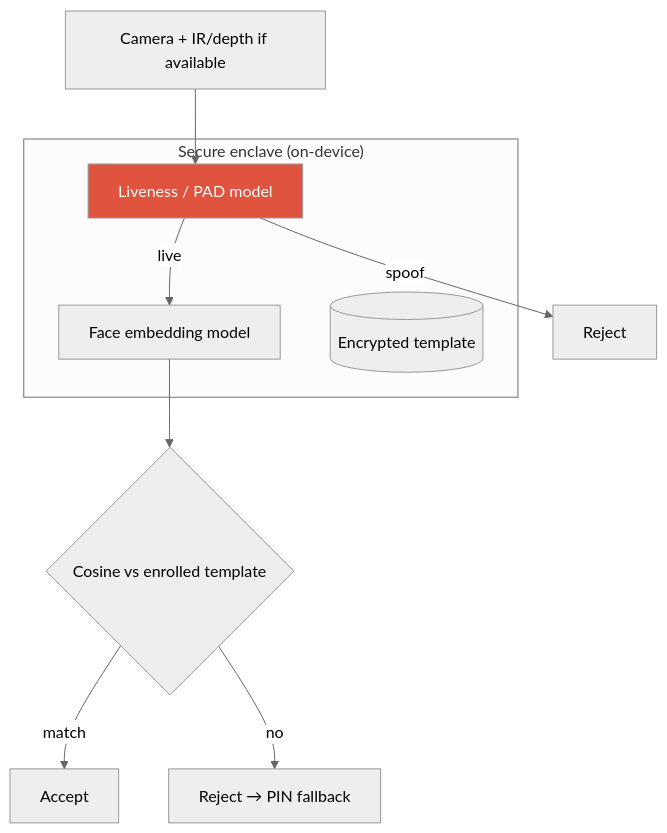
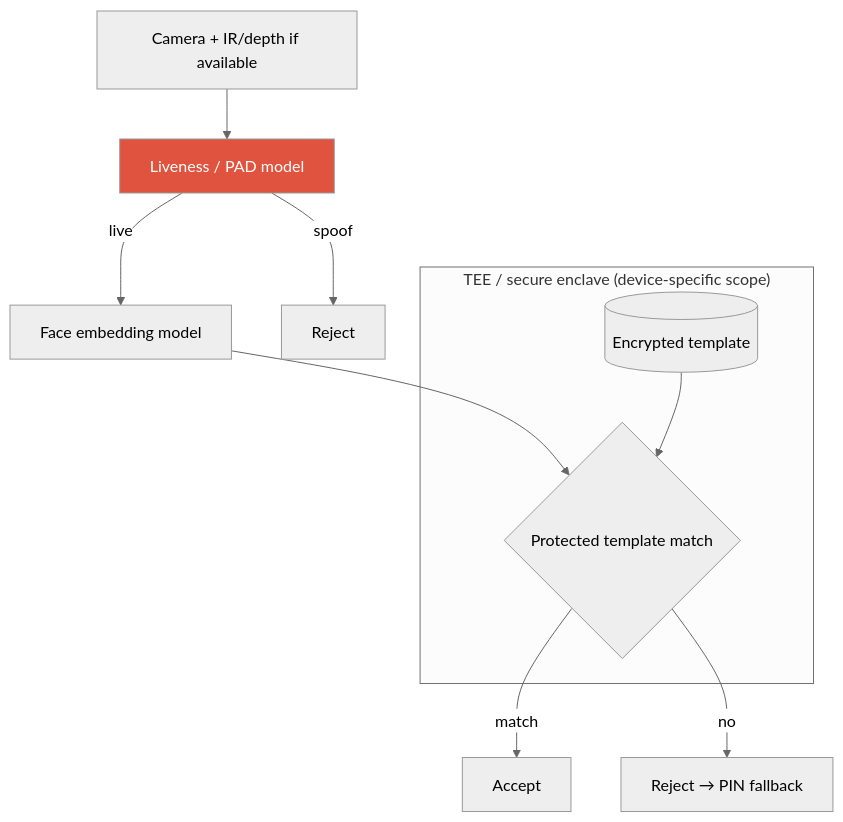
One commit to beomyoung-kim/ml_study changed the fifth of 7 diagrams in content/system-design/case-studies.md. Above: the diagram before and after it, drawn with Mermaid (neutral theme). The commit also changed other lines of this file and 209 other files, not shown here.

````diff
--- a/content/system-design/case-studies.md
+++ b/content/system-design/case-studies.md
@@ -246,15 +246,15 @@
 ```mermaid
 flowchart TB
   Cam[Camera + IR/depth if available] --> Live[Liveness / PAD model]
   Live -->|spoof| Rej[Reject]
   Live -->|live| Emb[Face embedding model]
-  Emb --> M{Cosine vs enrolled template}
+  Emb --> M
+  subgraph SE["TEE / secure enclave (device-specific scope)"]
+    Tpl[(Encrypted template)]
+    M{Protected template match}
+  end
+  Tpl --> M
   M -->|match| Acc[Accept]
   M -->|no| Fb[Reject → PIN fallback]
-  subgraph SE["Secure enclave (on-device)"]
-    Live
-    Emb
-    Tpl[(Encrypted template)]
-  end
   style Live fill:#e0533f,color:#fff
 ```
````
